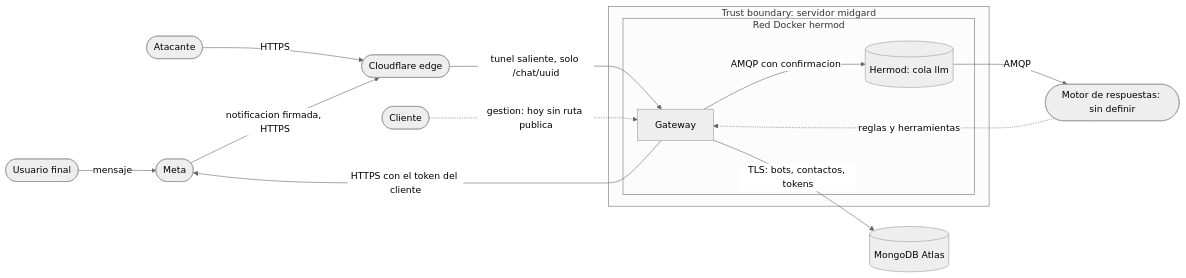
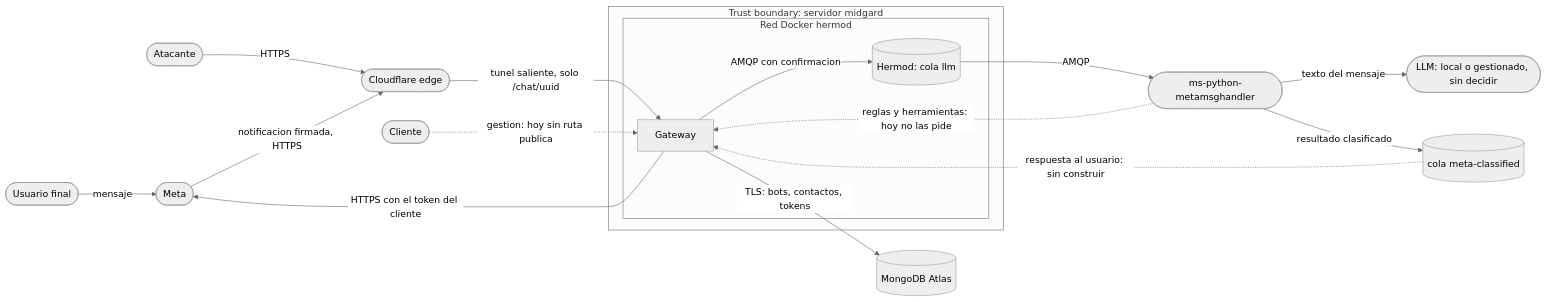
Before and after one commit to jeremialcala/wh-python-fastapi-messenger: the fourth of 5 diagrams in docs/01-requirements/mvp-baas-gateway.md, drawn with Mermaid (neutral theme). The commit also changed other lines of this file and 5 other files, not shown here.

First line of the commit message:
docs(gate-0): name ms-python-metamsghandler as the response engine

````diff
--- a/docs/01-requirements/mvp-baas-gateway.md
+++ b/docs/01-requirements/mvp-baas-gateway.md
@@ -264,17 +266,20 @@
 ```mermaid
 flowchart LR
     U([Usuario final]) -->|mensaje| META([Meta])
     ATK([Atacante]) -->|HTTPS| CF
     META -->|"notificacion firmada, HTTPS"| CF([Cloudflare edge])
     CF -->|"tunel saliente, solo /chat/uuid"| GW
     CLI([Cliente]) -.->|"gestion: hoy sin ruta publica"| GW
     subgraph SRV [Trust boundary: servidor midgard]
       subgraph NET [Red Docker hermod]
         GW[Gateway] -->|"AMQP con confirmacion"| Q[(Hermod: cola llm)]
       end
     end
     GW -->|"TLS: bots, contactos, tokens"| DB[(MongoDB Atlas)]
     GW -->|"HTTPS con el token del cliente"| META
-    Q -->|AMQP| MOTOR([Motor de respuestas: sin definir])
-    MOTOR -.->|"reglas y herramientas"| GW
+    Q -->|AMQP| MOTOR([ms-python-metamsghandler])
+    MOTOR -->|"texto del mensaje"| LLM([LLM: local o gestionado, sin decidir])
+    MOTOR -->|"resultado clasificado"| Q2[(cola meta-classified)]
+    MOTOR -.->|"reglas y herramientas: hoy no las pide"| GW
+    Q2 -.->|"respuesta al usuario: sin construir"| GW
 ```
````
